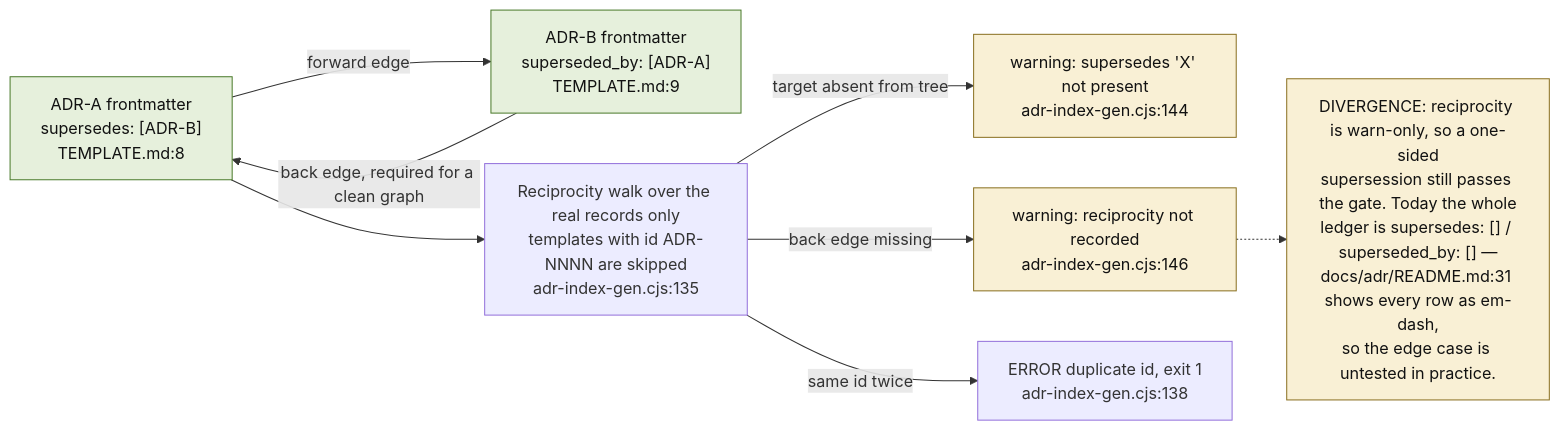
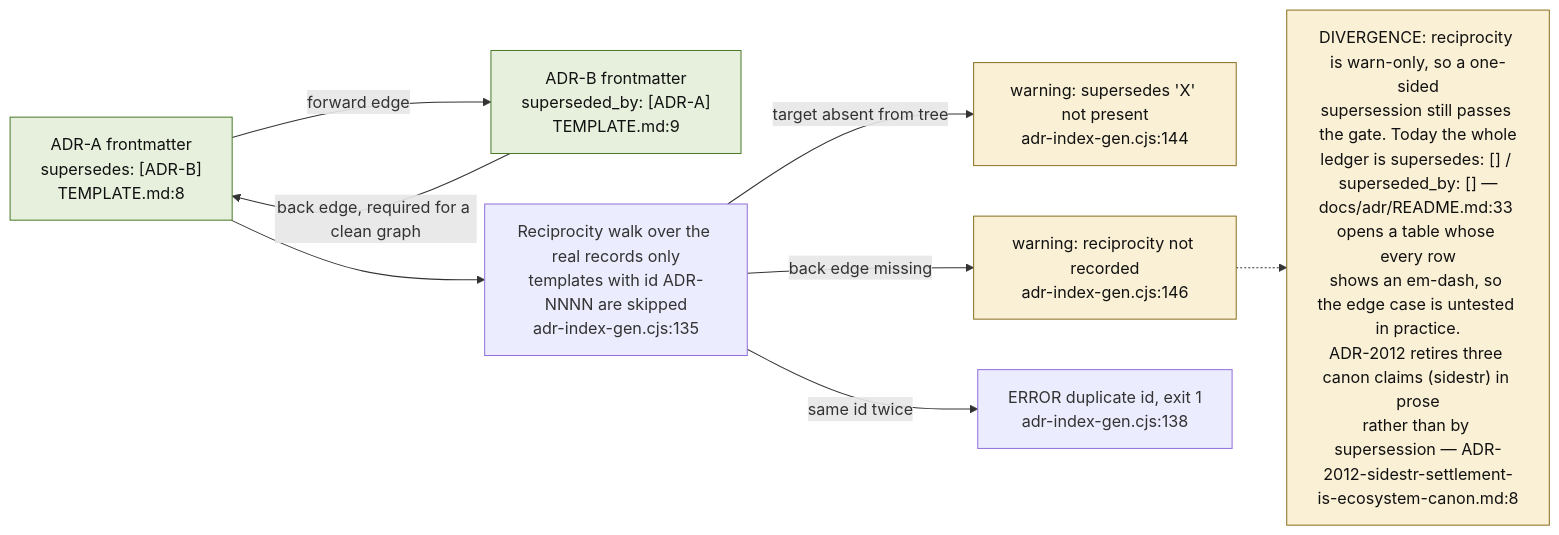
One commit to DreamLab-AI/VisionFlow changed the fifth of 14 diagrams in docs/diagrams/visionflow/01-repo-composition-and-canon.md. Above: the diagram before and after it, drawn with Mermaid. The commit also changed other lines of this file and 7 other files, not shown here.

````diff
--- a/docs/diagrams/visionflow/01-repo-composition-and-canon.md
+++ b/docs/diagrams/visionflow/01-repo-composition-and-canon.md
@@ -181,19 +190,19 @@
 ```mermaid
 flowchart LR
     classDef warn fill:#f9f0d5,stroke:#8a7020,color:#111
     classDef ok fill:#e6f0dc,stroke:#4a7a2a,color:#111
 
     A["ADR-A frontmatter<br/>supersedes: [ADR-B]<br/>TEMPLATE.md:8"]:::ok
     B["ADR-B frontmatter<br/>superseded_by: [ADR-A]<br/>TEMPLATE.md:9"]:::ok
     A -->|"forward edge"| B
     B -->|"back edge, required for a clean graph"| A
 
     CHK["Reciprocity walk over the real records only<br/>templates with id ADR-NNNN are skipped<br/>adr-index-gen.cjs:135"]
     A --> CHK
     CHK -->|"target absent from tree"| W1["warning: supersedes 'X' not present<br/>adr-index-gen.cjs:144"]:::warn
     CHK -->|"back edge missing"| W2["warning: reciprocity not recorded<br/>adr-index-gen.cjs:146"]:::warn
     CHK -->|"same id twice"| E1["ERROR duplicate id, exit 1<br/>adr-index-gen.cjs:138"]
 
-    DIVERGE["DIVERGENCE: reciprocity is warn-only, so a one-sided<br/>supersession still passes the gate. Today the whole<br/>ledger is supersedes: [] / superseded_by: [] —<br/>docs/adr/README.md:31 shows every row as em-dash,<br/>so the edge case is untested in practice."]:::warn
+    DIVERGE["DIVERGENCE: reciprocity is warn-only, so a one-sided<br/>supersession still passes the gate. Today the whole<br/>ledger is supersedes: [] / superseded_by: [] —<br/>docs/adr/README.md:33 opens a table whose every row<br/>shows an em-dash, so the edge case is untested in practice.<br/>ADR-2012 retires three canon claims (sidestr) in prose<br/>rather than by supersession — ADR-2012-sidestr-settlement-is-ecosystem-canon.md:8"]:::warn
     W2 -.-> DIVERGE
 ```
````
